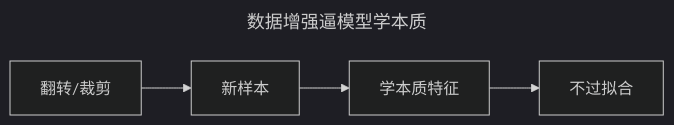
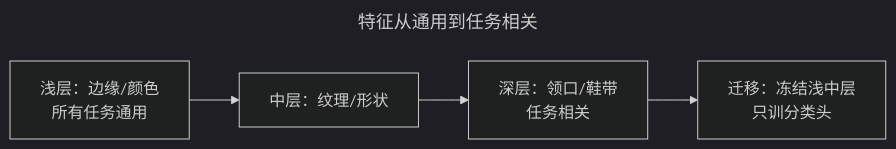
One commit to Joneyao/dl-from-scratch changed the third of 7 diagrams in docs/articles/14-cnn-practice.md. Above: the diagram before and after it, drawn with Mermaid (dark theme). The commit also changed other lines of this file and 20 other files, not shown here.

Commit message:
docs(dl): 22篇深度扩写（8层模板）+ mermaid修复

````diff
--- a/docs/articles/14-cnn-practice.md
+++ b/docs/articles/14-cnn-practice.md
@@ -85,9 +82,9 @@
 ```mermaid
 ---
-title: 数据增强逼模型学本质
+title: 特征从通用到任务相关
 ---
 flowchart LR
-    A[翻转/裁剪] --> B[新样本]
-    B --> C[学本质特征]
-    C --> D[不过拟合]
+    A[浅层：边缘/颜色<br/>所有任务通用] --> B[中层：纹理/形状]
+    B --> C[深层：领口/鞋带<br/>任务相关]
+    C --> D[迁移：冻结浅中层<br/>只训分类头]
 ```
````
